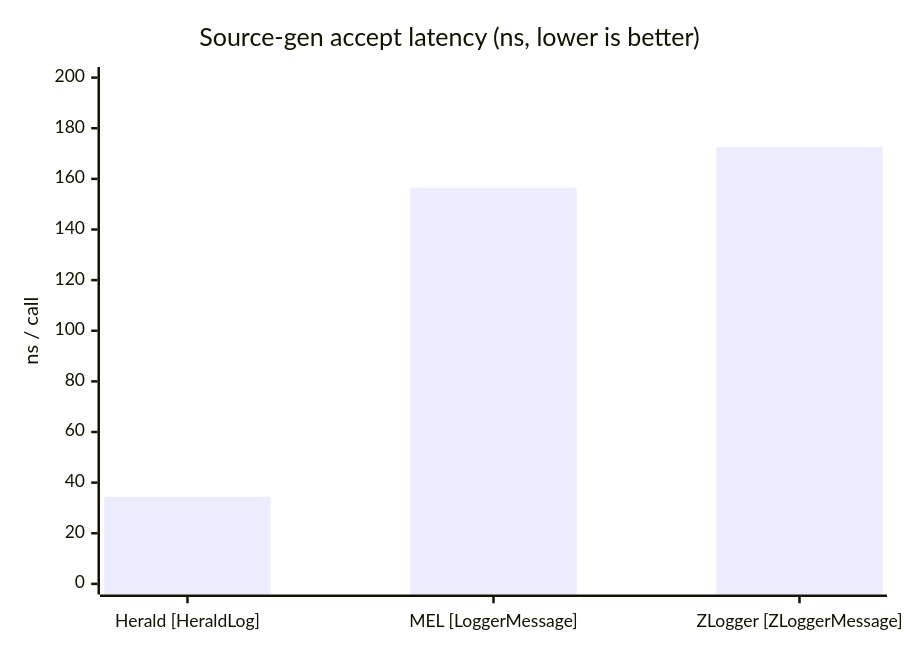
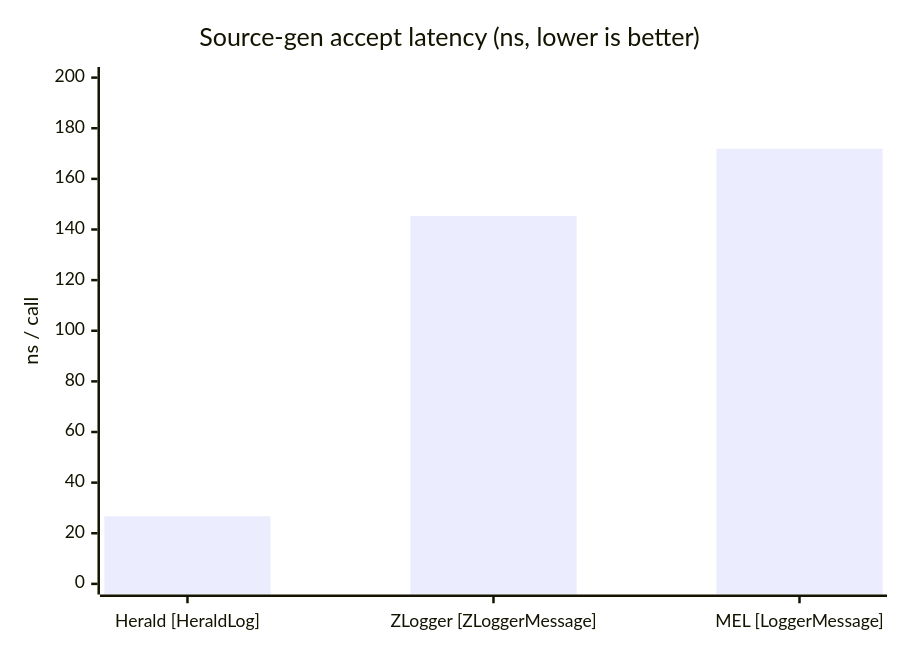
One commit to mmpworks/Herald.OSS changed the fourth of 5 diagrams in docs/benchmarks/consolidated-benchmarks.md. Above: the diagram before and after it, drawn with Mermaid. The commit also changed other lines of this file and 34 other files, not shown here.

````diff
--- a/docs/benchmarks/consolidated-benchmarks.md
+++ b/docs/benchmarks/consolidated-benchmarks.md
@@ -156,7 +143,7 @@
 ```mermaid
 xychart-beta
     title "Source-gen accept latency (ns, lower is better)"
-    x-axis ["Herald [HeraldLog]", "MEL [LoggerMessage]", "ZLogger [ZLoggerMessage]"]
+    x-axis ["Herald [HeraldLog]", "ZLogger [ZLoggerMessage]", "MEL [LoggerMessage]"]
     y-axis "ns / call" 0 --> 200
-    bar [34.39, 156.52, 172.54]
+    bar [26.73, 145.32, 171.89]
 ```
````
